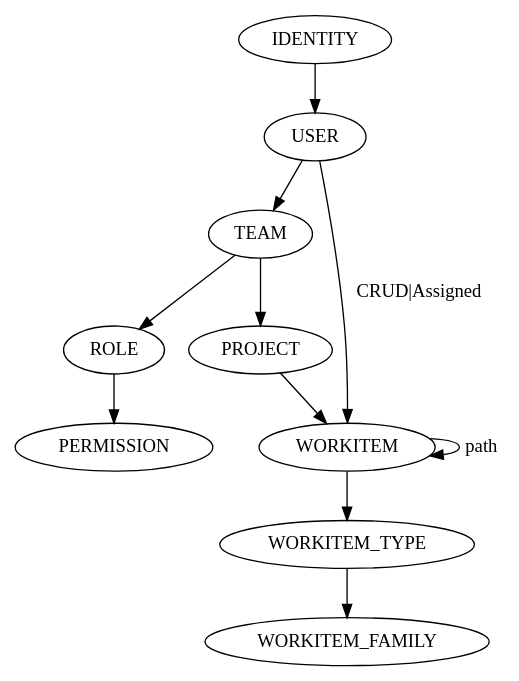
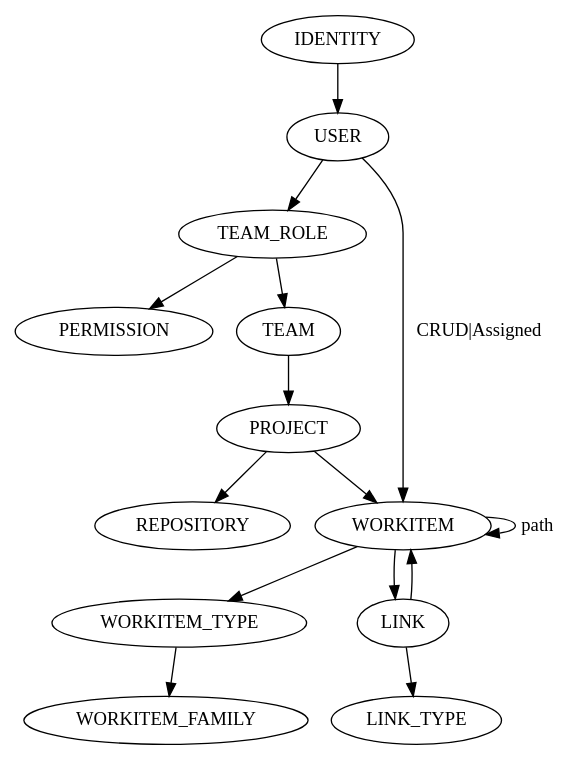
The diagram in _blueprints/model_overview.adoc (fabric8-services/fabric8-devdoc), drawn with Graphviz before and after one commit.

Commit message:
Update model overview
* Cleaify user, team_role and team relation
* Add link and link_type
* Add repository

```diff
--- a/_blueprints/model_overview.adoc
+++ b/_blueprints/model_overview.adoc
@@ -6,20 +6,26 @@
 [graphviz, do, svg]
 ----
 digraph G {
 	IDENTITY -> USER
 	
-	USER -> TEAM
+	USER -> TEAM_ROLE
 	USER -> WORKITEM[label="CRUD|Assigned"]
 	
-	TEAM -> ROLE
+	TEAM_ROLE -> TEAM
+	TEAM_ROLE -> PERMISSION
+
 	TEAM -> PROJECT
 	
-	ROLE -> PERMISSION
 	
 	PROJECT -> WORKITEM
-	
+	PROJECT -> REPOSITORY
+
 	WORKITEM -> WORKITEM [label="path"]
 	WORKITEM -> WORKITEM_TYPE
+	WORKITEM -> LINK
 	WORKITEM_TYPE -> WORKITEM_FAMILY
+
+	LINK -> WORKITEM
+	LINK -> LINK_TYPE
 }
 ----
```
